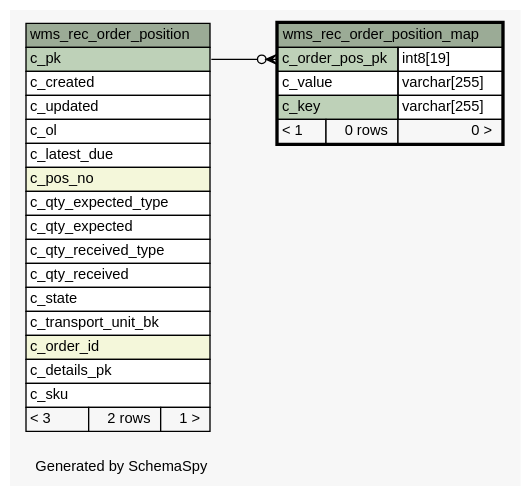
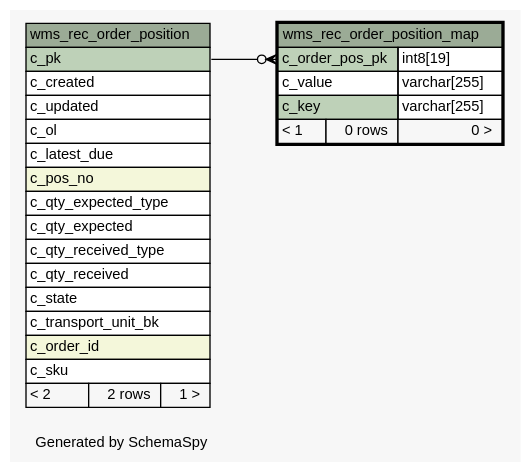
The diagram in 1.0.0-SNAPSHOT/schemaspy/diagrams/wms_rec_order_position_map.1degree.dot (openwms/org.openwms.wms.receiving.lib), drawn with Graphviz before and after one commit. The commit also changed 233 other files, not shown here.

```diff
--- a/1.0.0-SNAPSHOT/schemaspy/diagrams/wms_rec_order_position_map.1degree.dot
+++ b/1.0.0-SNAPSHOT/schemaspy/diagrams/wms_rec_order_position_map.1degree.dot
@@ -1,59 +1,58 @@
 // dot 2.43.0 on Linux 5.4.0-1040-azure
 // SchemaSpy rev Unknown
 digraph "oneDegreeRelationshipsDiagram" {
   graph [
     rankdir="RL"
     bgcolor="#f7f7f7"
     label="\nGenerated by SchemaSpy"
     labeljust="l"
     nodesep="0.18"
     ranksep="0.46"
     fontname="Helvetica"
     fontsize="11"
   ];
   node [
     fontname="Helvetica"
     fontsize="11"
     shape="plaintext"
   ];
   edge [
     arrowsize="0.8"
   ];
   "wms_rec_order_position_map":"c_order_pos_pk":w -> "wms_rec_order_position":"c_pk":e [arrowhead=none dir=back arrowtail=crowodot];
   "wms_rec_order_position" [
     label=<
     <TABLE BORDER="0" CELLBORDER="1" CELLSPACING="0" BGCOLOR="#ffffff">
       <TR><TD COLSPAN="3" BGCOLOR="#9bab96" ALIGN="CENTER">wms_rec_order_position</TD></TR>
       <TR><TD PORT="c_pk" COLSPAN="3" BGCOLOR="#bed1b8" ALIGN="LEFT">c_pk</TD></TR>
       <TR><TD PORT="c_created" COLSPAN="3" ALIGN="LEFT">c_created</TD></TR>
       <TR><TD PORT="c_updated" COLSPAN="3" ALIGN="LEFT">c_updated</TD></TR>
       <TR><TD PORT="c_ol" COLSPAN="3" ALIGN="LEFT">c_ol</TD></TR>
       <TR><TD PORT="c_latest_due" COLSPAN="3" ALIGN="LEFT">c_latest_due</TD></TR>
       <TR><TD PORT="c_pos_no" COLSPAN="3" BGCOLOR="#f4f7da" ALIGN="LEFT">c_pos_no</TD></TR>
       <TR><TD PORT="c_qty_expected_type" COLSPAN="3" ALIGN="LEFT">c_qty_expected_type</TD></TR>
       <TR><TD PORT="c_qty_expected" COLSPAN="3" ALIGN="LEFT">c_qty_expected</TD></TR>
       <TR><TD PORT="c_qty_received_type" COLSPAN="3" ALIGN="LEFT">c_qty_received_type</TD></TR>
       <TR><TD PORT="c_qty_received" COLSPAN="3" ALIGN="LEFT">c_qty_received</TD></TR>
       <TR><TD PORT="c_state" COLSPAN="3" ALIGN="LEFT">c_state</TD></TR>
       <TR><TD PORT="c_transport_unit_bk" COLSPAN="3" ALIGN="LEFT">c_transport_unit_bk</TD></TR>
       <TR><TD PORT="c_order_id" COLSPAN="3" BGCOLOR="#f4f7da" ALIGN="LEFT">c_order_id</TD></TR>
-      <TR><TD PORT="c_details_pk" COLSPAN="3" ALIGN="LEFT">c_details_pk</TD></TR>
       <TR><TD PORT="c_sku" COLSPAN="3" ALIGN="LEFT">c_sku</TD></TR>
-      <TR><TD ALIGN="LEFT" BGCOLOR="#f7f7f7">&lt; 3</TD><TD ALIGN="RIGHT" BGCOLOR="#f7f7f7">2 rows</TD><TD ALIGN="RIGHT" BGCOLOR="#f7f7f7">1 &gt;</TD></TR>
+      <TR><TD ALIGN="LEFT" BGCOLOR="#f7f7f7">&lt; 2</TD><TD ALIGN="RIGHT" BGCOLOR="#f7f7f7">2 rows</TD><TD ALIGN="RIGHT" BGCOLOR="#f7f7f7">1 &gt;</TD></TR>
     </TABLE>>
     URL="wms_rec_order_position.html"
     tooltip="wms_rec_order_position"
   ];
   "wms_rec_order_position_map" [
     label=<
     <TABLE BORDER="2" CELLBORDER="1" CELLSPACING="0" BGCOLOR="#ffffff">
       <TR><TD COLSPAN="3" BGCOLOR="#9bab96" ALIGN="CENTER">wms_rec_order_position_map</TD></TR>
       <TR><TD PORT="c_order_pos_pk" COLSPAN="2" BGCOLOR="#bed1b8" ALIGN="LEFT">c_order_pos_pk</TD><TD PORT="c_order_pos_pk.type" ALIGN="LEFT">int8[19]</TD></TR>
       <TR><TD PORT="c_value" COLSPAN="2" ALIGN="LEFT">c_value</TD><TD PORT="c_value.type" ALIGN="LEFT">varchar[255]</TD></TR>
       <TR><TD PORT="c_key" COLSPAN="2" BGCOLOR="#bed1b8" ALIGN="LEFT">c_key</TD><TD PORT="c_key.type" ALIGN="LEFT">varchar[255]</TD></TR>
       <TR><TD ALIGN="LEFT" BGCOLOR="#f7f7f7">&lt; 1</TD><TD ALIGN="RIGHT" BGCOLOR="#f7f7f7">0 rows</TD><TD ALIGN="RIGHT" BGCOLOR="#f7f7f7">0 &gt;</TD></TR>
     </TABLE>>
     URL="wms_rec_order_position_map.html"
     tooltip="wms_rec_order_position_map"
   ];
 }
```
